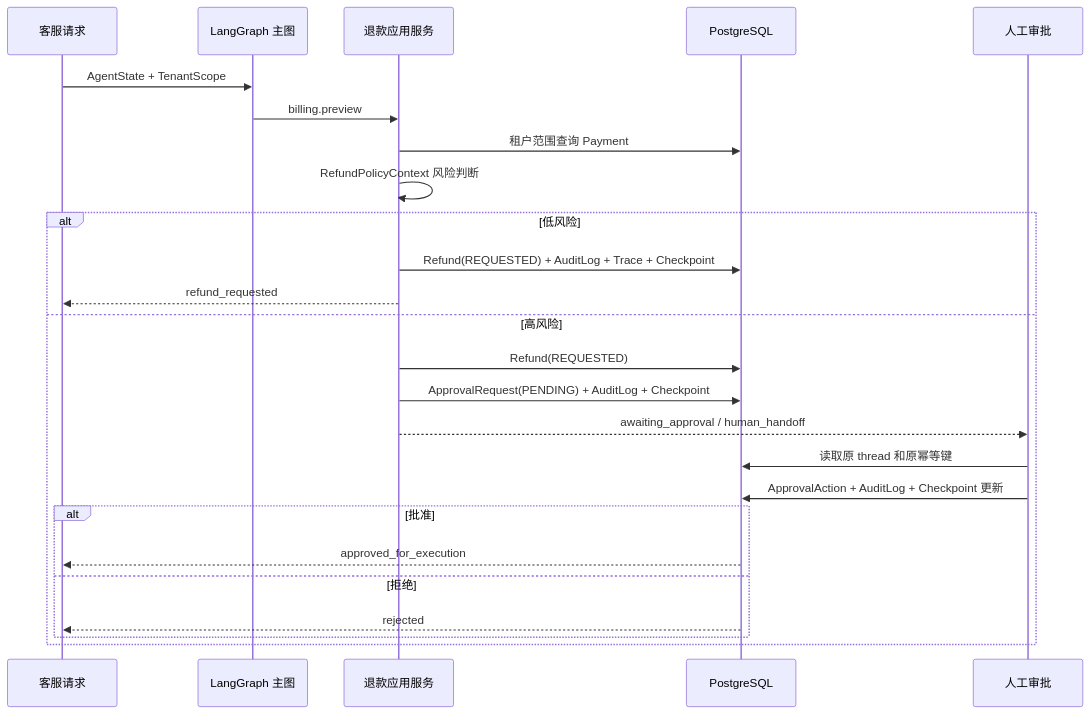
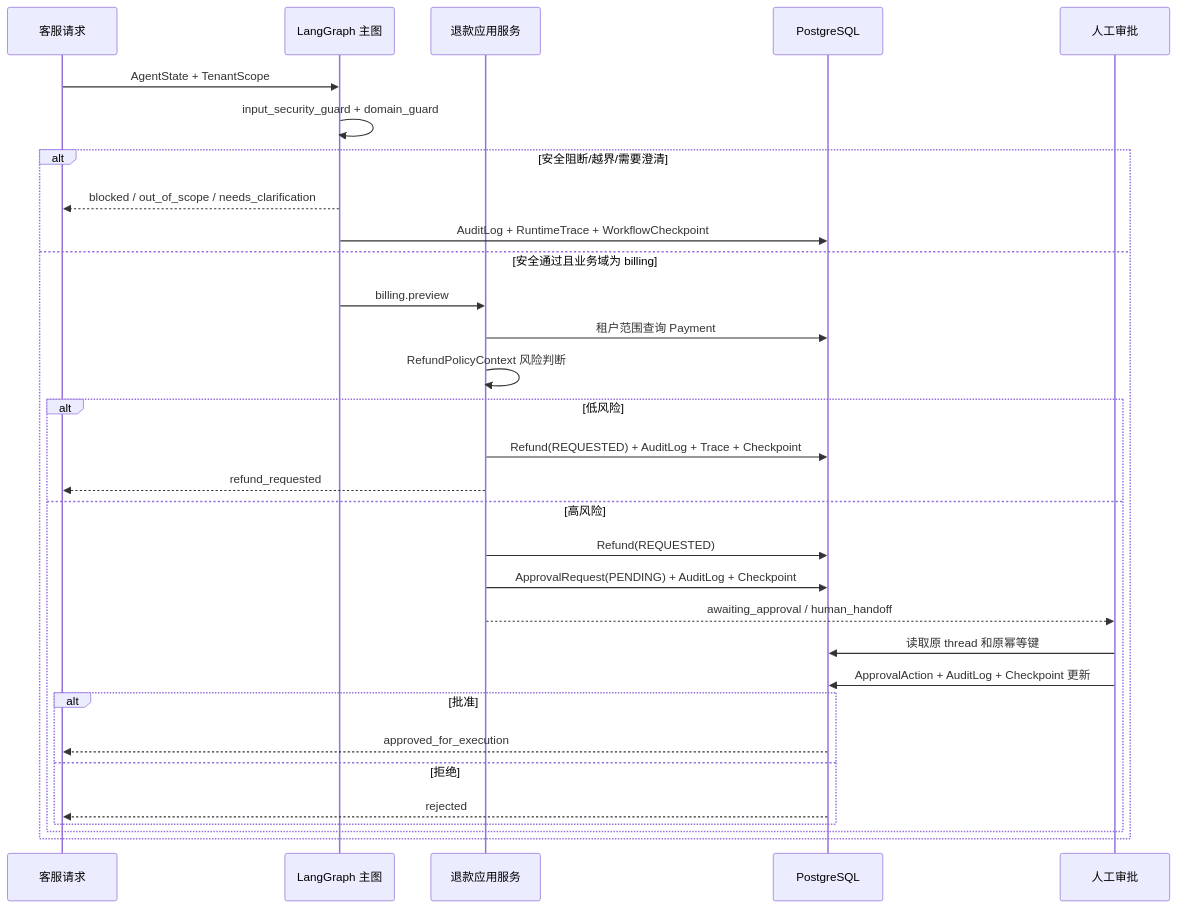
Before and after one commit to duchangyi666/ecop-agent-platform: the diagram in docs/architecture/数据库驱动退款审批闭环.md, drawn with Mermaid. The commit also changed other lines of this file and 5 other files, not shown here.

````diff
--- a/docs/architecture/数据库驱动退款审批闭环.md
+++ b/docs/architecture/数据库驱动退款审批闭环.md
@@ -14,28 +14,34 @@
 ```mermaid
 sequenceDiagram
     participant C as 客服请求
     participant G as LangGraph 主图
     participant S as 退款应用服务
     participant DB as PostgreSQL
     participant H as 人工审批
 
     C->>G: AgentState + TenantScope
+    G->>G: input_security_guard + domain_guard
+    alt 安全阻断/越界/需要澄清
+        G-->>C: blocked / out_of_scope / needs_clarification
+        G->>DB: AuditLog + RuntimeTrace + WorkflowCheckpoint
+    else 安全通过且业务域为 billing
     G->>S: billing.preview
     S->>DB: 租户范围查询 Payment
     S->>S: RefundPolicyContext 风险判断
     alt 低风险
         S->>DB: Refund(REQUESTED) + AuditLog + Trace + Checkpoint
         S-->>C: refund_requested
     else 高风险
         S->>DB: Refund(REQUESTED)
         S->>DB: ApprovalRequest(PENDING) + AuditLog + Checkpoint
         S-->>H: awaiting_approval / human_handoff
         H->>DB: 读取原 thread 和原幂等键
         H->>DB: ApprovalAction + AuditLog + Checkpoint 更新
         alt 批准
             DB-->>C: approved_for_execution
         else 拒绝
             DB-->>C: rejected
         end
     end
+    end
 ```
````
